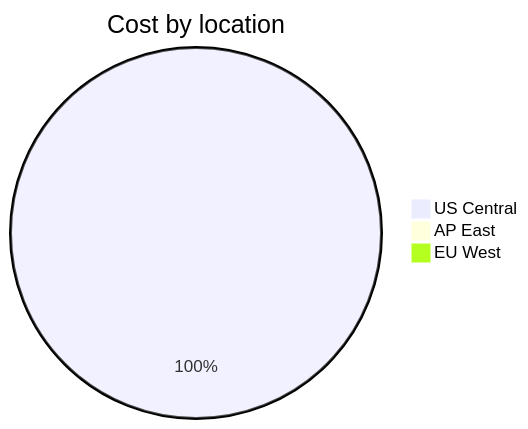
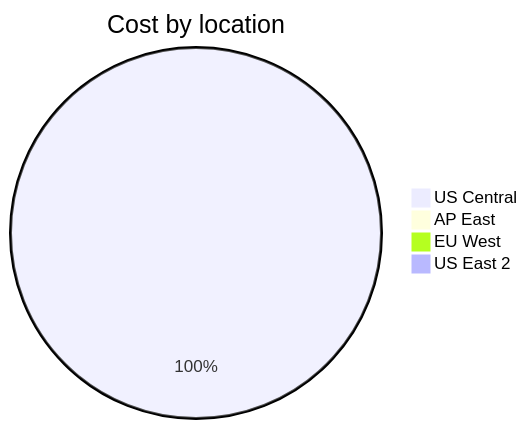
Before and after one commit to jpfulton/azure-personal-reports: the third of 4 diagrams in cost-reports/personal-site/personal-site-preview.md, drawn with Mermaid. The commit also changed other lines of this file and 6 other files, not shown here.

````diff
--- a/cost-reports/personal-site/personal-site-preview.md
+++ b/cost-reports/personal-site/personal-site-preview.md
@@ -107,7 +108,8 @@
 ```mermaid
 pie
    title Cost by location
-   "US Central" : 1.39
+   "US Central" : 1.68
    "AP East" : 0.00
    "EU West" : 0.00
+   "US East 2" : 0.00
 ```
````
